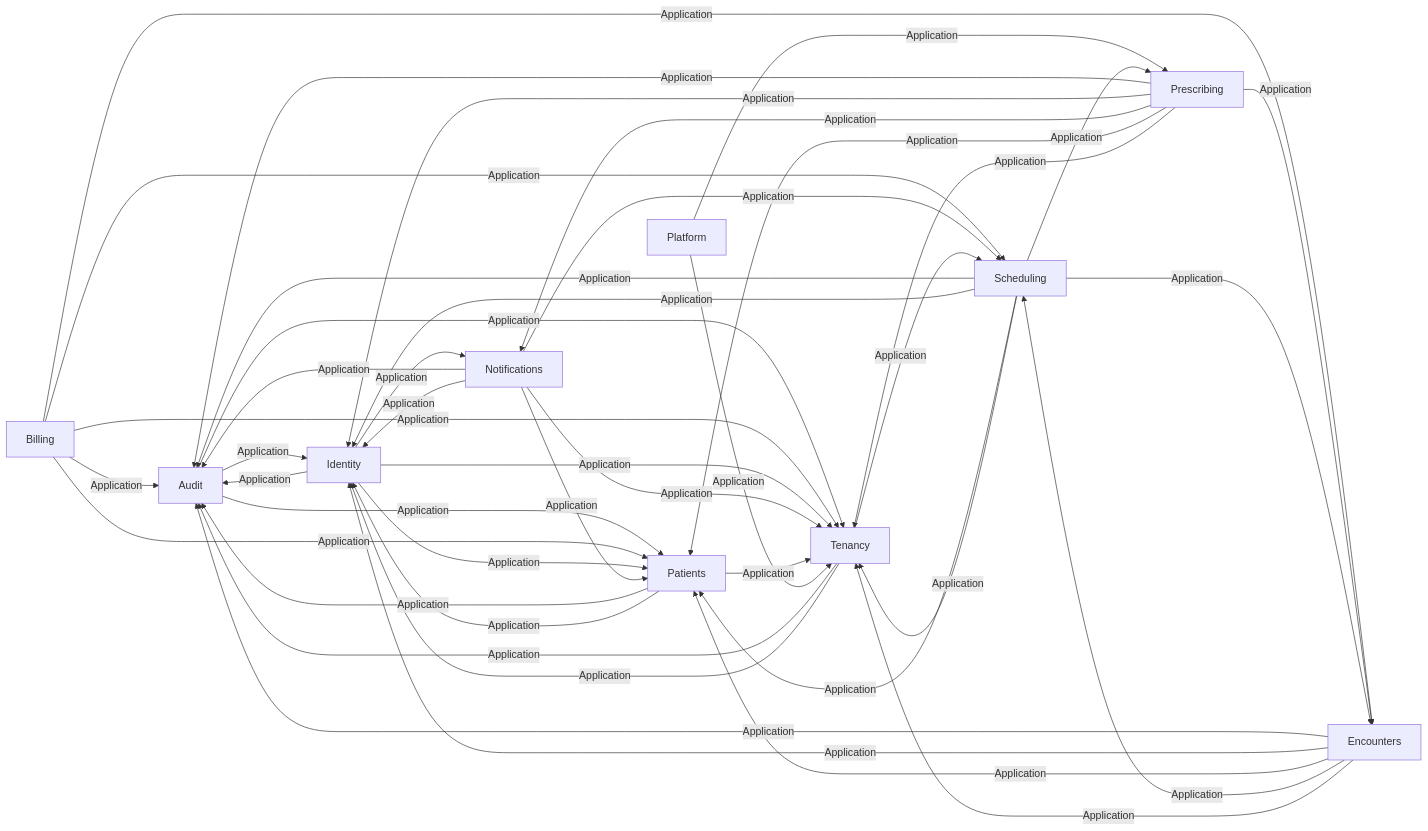
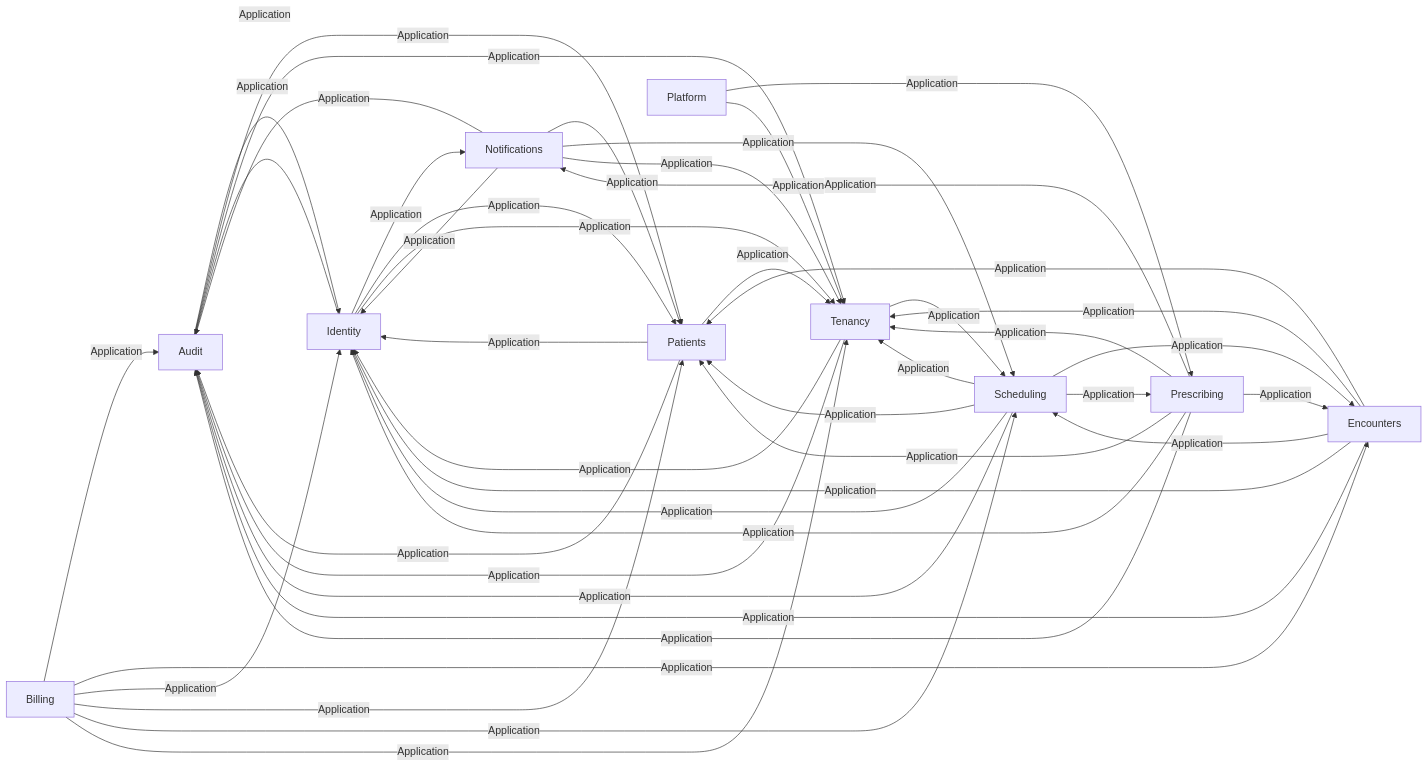
The second of 14 diagrams in docs/03-architecture/erd.md (ALFRED-LUCIFER/medvya), drawn with Mermaid before and after one commit. The commit also changed other lines of this file and 39 other files, not shown here.

````diff
--- a/docs/03-architecture/erd.md
+++ b/docs/03-architecture/erd.md
@@ -56,45 +56,46 @@
 ```mermaid
 flowchart LR
   Audit -->|"Application"| Identity
   Audit -->|"Application"| Patients
   Audit -->|"Application"| Tenancy
   Billing -->|"Application"| Audit
   Billing -->|"Application"| Encounters
+  Billing -->|"Application"| Identity
   Billing -->|"Application"| Patients
   Billing -->|"Application"| Scheduling
   Billing -->|"Application"| Tenancy
   Encounters -->|"Application"| Audit
   Encounters -->|"Application"| Identity
   Encounters -->|"Application"| Patients
   Encounters -->|"Application"| Scheduling
   Encounters -->|"Application"| Tenancy
   Identity -->|"Application"| Audit
   Identity -->|"Application"| Notifications
   Identity -->|"Application"| Patients
   Identity -->|"Application"| Tenancy
   Notifications -->|"Application"| Audit
   Notifications -->|"Application"| Identity
   Notifications -->|"Application"| Patients
   Notifications -->|"Application"| Scheduling
   Notifications -->|"Application"| Tenancy
   Patients -->|"Application"| Audit
   Patients -->|"Application"| Identity
   Patients -->|"Application"| Tenancy
   Platform -->|"Application"| Prescribing
   Platform -->|"Application"| Tenancy
   Prescribing -->|"Application"| Audit
   Prescribing -->|"Application"| Encounters
   Prescribing -->|"Application"| Identity
   Prescribing -->|"Application"| Notifications
   Prescribing -->|"Application"| Patients
   Prescribing -->|"Application"| Tenancy
   Scheduling -->|"Application"| Audit
   Scheduling -->|"Application"| Encounters
   Scheduling -->|"Application"| Identity
   Scheduling -->|"Application"| Patients
   Scheduling -->|"Application"| Prescribing
   Scheduling -->|"Application"| Tenancy
   Tenancy -->|"Application"| Audit
   Tenancy -->|"Application"| Identity
   Tenancy -->|"Application"| Scheduling
 ```
````
